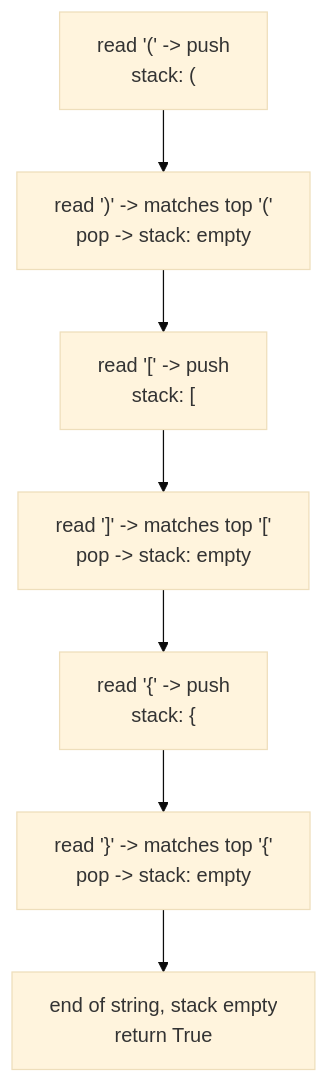
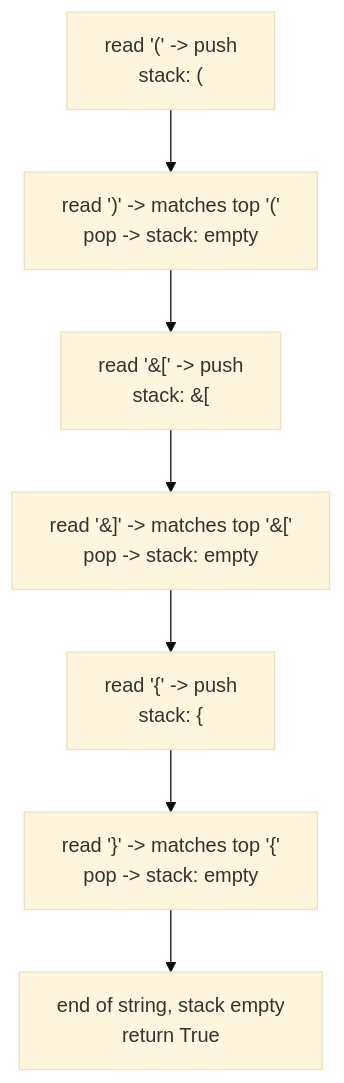
The diagram in topics/04-stack/01-valid-parentheses/README.md (Aryan-Jadon18/dsa-placement-prep), drawn with Mermaid (base theme) before and after one commit. The commit also changed 52 other files, not shown here.

First line of the commit message:
Fix Mermaid diagrams not rendering on GitHub

````diff
--- a/topics/04-stack/01-valid-parentheses/README.md
+++ b/topics/04-stack/01-valid-parentheses/README.md
@@ -48,9 +48,9 @@
 ```mermaid
 flowchart TD
     A["read '(' -> push<br/>stack: ("] --> B["read ')' -> matches top '('<br/>pop -> stack: empty"]
-    B --> C["read '[' -> push<br/>stack: ["]
-    C --> D["read ']' -> matches top '['<br/>pop -> stack: empty"]
+    B --> C["read '&#91;' -> push<br/>stack: &#91;"]
+    C --> D["read '&#93;' -> matches top '&#91;'<br/>pop -> stack: empty"]
     D --> E["read '{' -> push<br/>stack: {"]
     E --> F["read '}' -> matches top '{'<br/>pop -> stack: empty"]
     F --> G["end of string, stack empty<br/>return True"]
 ```
````
